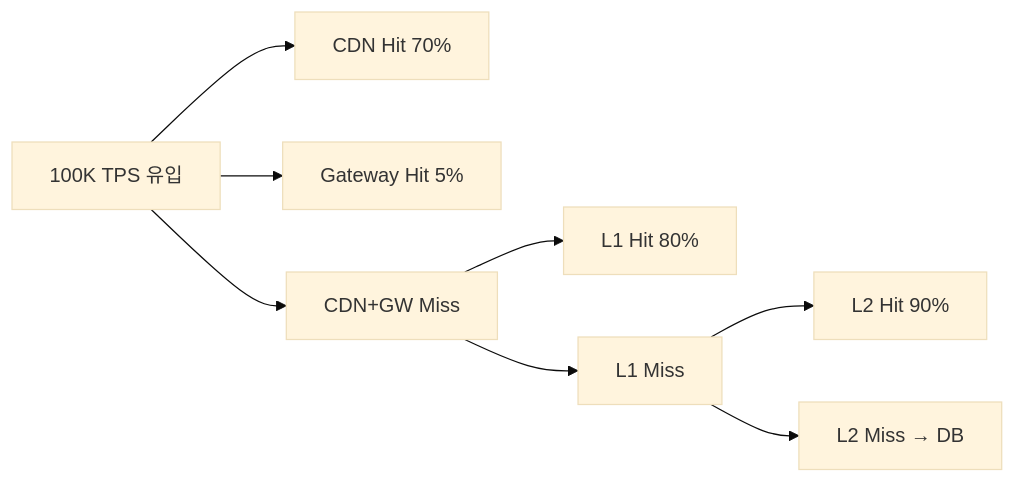
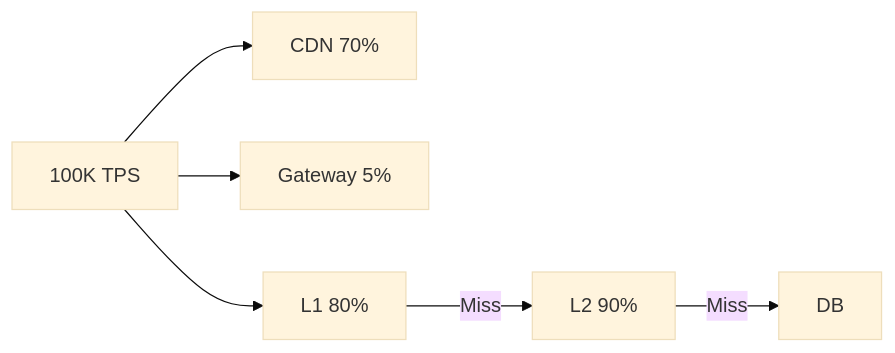
One commit to yjkim2015/yjkim2015.github.io changed the sixth of 8 diagrams in _posts/caching/2026-05-03-multi-layer-caching.md. Above: the diagram before and after it, drawn with Mermaid (base theme). The commit also changed other lines of this file and 163 other files, not shown here.

First line of the commit message:
Mermaid 300개 블록 내용 축소: 5노드 5엣지 이하, 의미 있는 약어

````diff
--- a/_posts/caching/2026-05-03-multi-layer-caching.md
+++ b/_posts/caching/2026-05-03-multi-layer-caching.md
@@ -508,10 +507,8 @@
 ```mermaid
 graph LR
-    Total["100K TPS 유입"] --> CDN["CDN Hit 70%"]
-    Total --> GW["Gateway Hit 5%"]
-    Total --> Miss1["CDN+GW Miss"]
-    Miss1 --> L1["L1 Hit 80%"]
-    Miss1 --> Miss2["L1 Miss"]
-    Miss2 --> L2["L2 Hit 90%"]
-    Miss2 --> DB["L2 Miss → DB"]
+    T["100K TPS"] --> CDN["CDN 70%"]
+    T --> GW["Gateway 5%"]
+    T --> L1["L1 80%"]
+    L1 -->|"Miss"| L2["L2 90%"]
+    L2 -->|"Miss"| DB["DB"]
 ```
````
